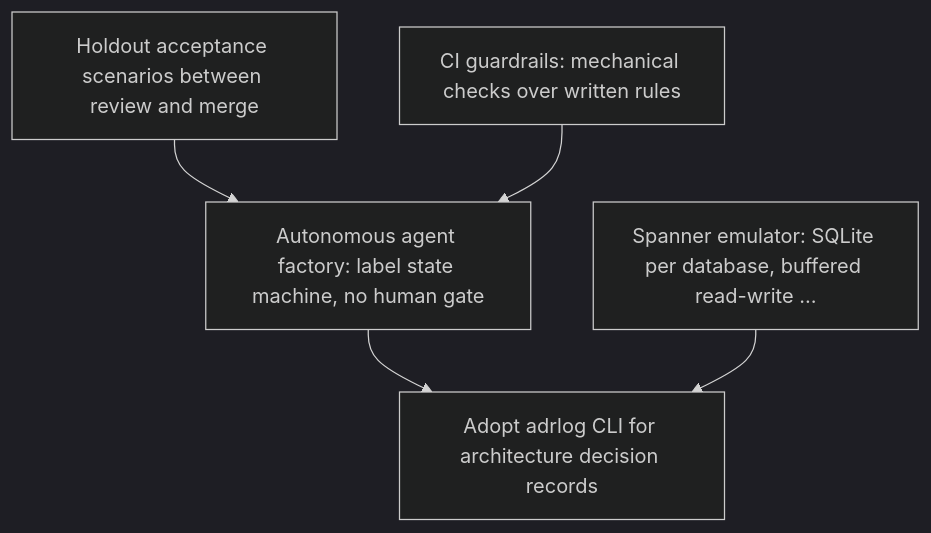
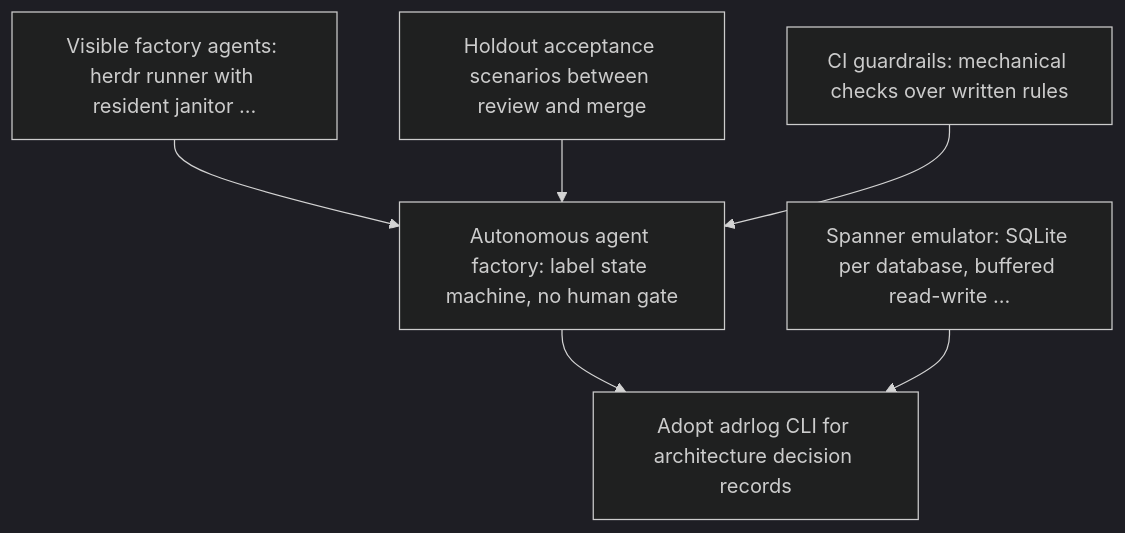
Before and after one commit to GuitarWag/gcp-local: the diagram in docs/adr/README.md, drawn with Mermaid (dark theme). The commit also changed other lines of this file and 6 other files, not shown here.

First line of the commit message:
feat(factory): herdr runner with visible stage jobs and resident agents

````diff
--- a/docs/adr/README.md
+++ b/docs/adr/README.md
@@ -15,12 +16,14 @@
 ```mermaid
 graph TD
-  n0["Holdout acceptance scenarios between review and merge"]
-  n1["CI guardrails: mechanical checks over written rules"]
-  n2["Autonomous agent factory: label state machine, no human gate"]
-  n3["Spanner emulator: SQLite per database, buffered read-write …"]
-  n4["Adopt adrlog CLI for architecture decision records"]
-  n0 --> n2
-  n1 --> n2
-  n2 --> n4
-  n3 --> n4
+  n0["Visible factory agents: herdr runner with resident janitor …"]
+  n1["Holdout acceptance scenarios between review and merge"]
+  n2["CI guardrails: mechanical checks over written rules"]
+  n3["Autonomous agent factory: label state machine, no human gate"]
+  n4["Spanner emulator: SQLite per database, buffered read-write …"]
+  n5["Adopt adrlog CLI for architecture decision records"]
+  n0 --> n3
+  n1 --> n3
+  n2 --> n3
+  n3 --> n5
+  n4 --> n5
 ```
````
